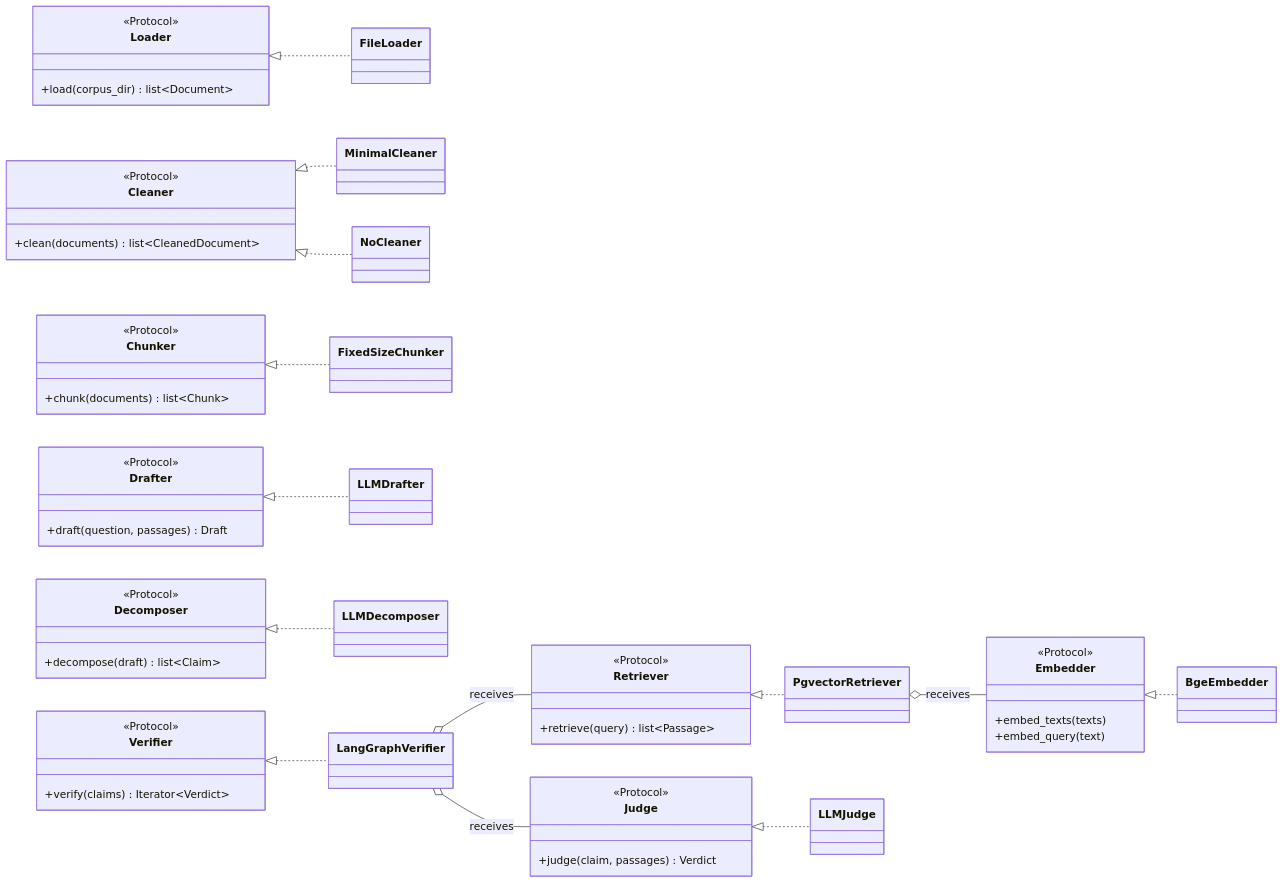
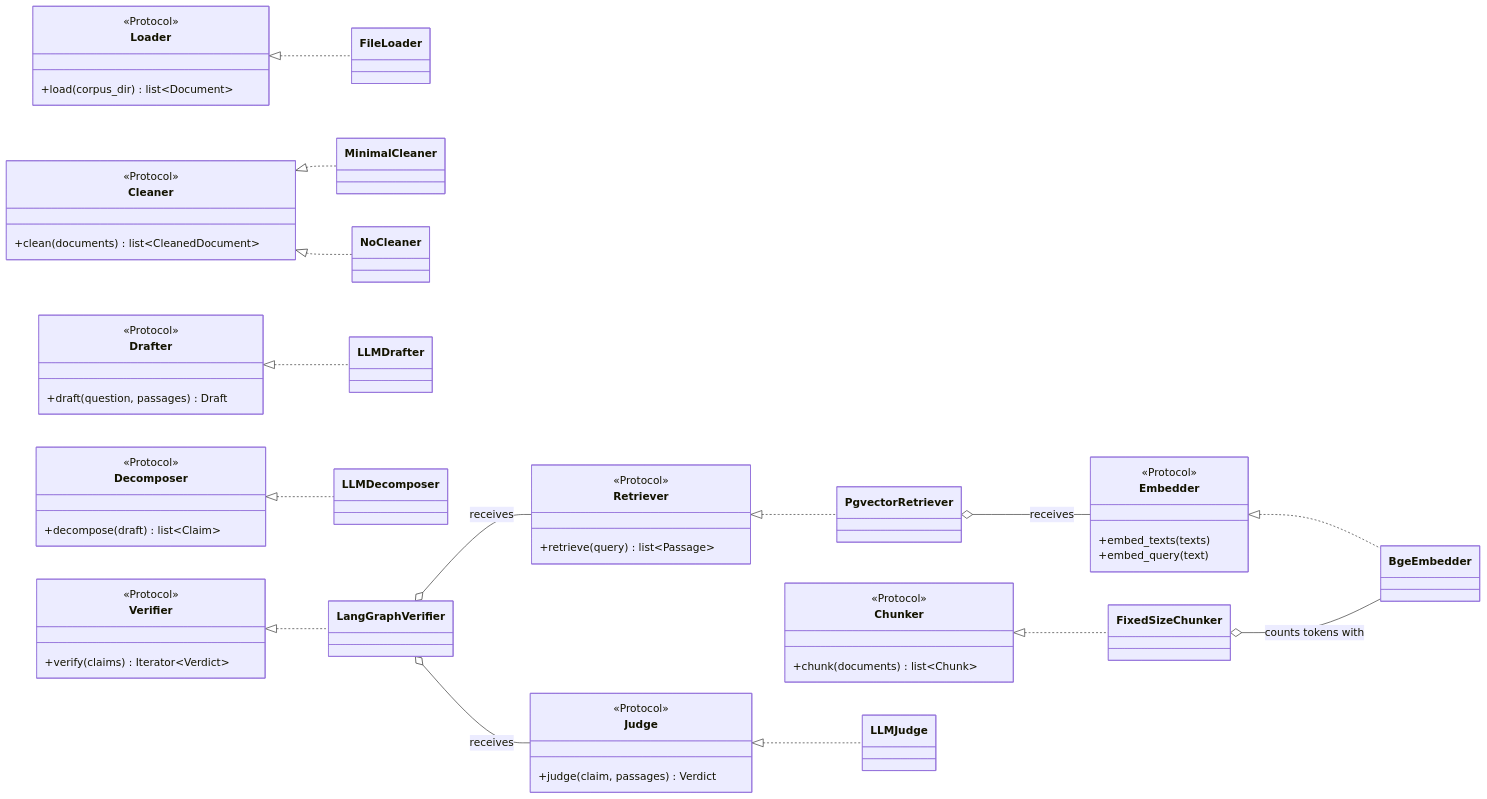
One commit to Benarbiaa/claim-verify-rag changed the fifth of 12 diagrams in docs/design.md. Above: the diagram before and after it, drawn with Mermaid. The commit also changed other lines of this file and 2 other files, not shown here.

````diff
--- a/docs/design.md
+++ b/docs/design.md
@@ -187,56 +187,57 @@
 ```mermaid
 classDiagram
     direction LR
     class Loader {
         <<Protocol>>
         +load(corpus_dir) list~Document~
     }
     class Cleaner {
         <<Protocol>>
         +clean(documents) list~CleanedDocument~
     }
     class Chunker {
         <<Protocol>>
         +chunk(documents) list~Chunk~
     }
     class Embedder {
         <<Protocol>>
         +embed_texts(texts)
         +embed_query(text)
     }
     class Retriever {
         <<Protocol>>
         +retrieve(query) list~Passage~
     }
     class Drafter {
         <<Protocol>>
         +draft(question, passages) Draft
     }
     class Decomposer {
         <<Protocol>>
         +decompose(draft) list~Claim~
     }
     class Judge {
         <<Protocol>>
         +judge(claim, passages) Verdict
     }
     class Verifier {
         <<Protocol>>
         +verify(claims) Iterator~Verdict~
     }
 
     Loader <|.. FileLoader
     Cleaner <|.. MinimalCleaner
     Cleaner <|.. NoCleaner
     Chunker <|.. FixedSizeChunker
     Embedder <|.. BgeEmbedder
     Retriever <|.. PgvectorRetriever
     Drafter <|.. LLMDrafter
     Decomposer <|.. LLMDecomposer
     Judge <|.. LLMJudge
     Verifier <|.. LangGraphVerifier
 
     PgvectorRetriever o-- Embedder : receives
+    FixedSizeChunker o-- BgeEmbedder : counts tokens with
     LangGraphVerifier o-- Retriever : receives
     LangGraphVerifier o-- Judge : receives
 ```
````
